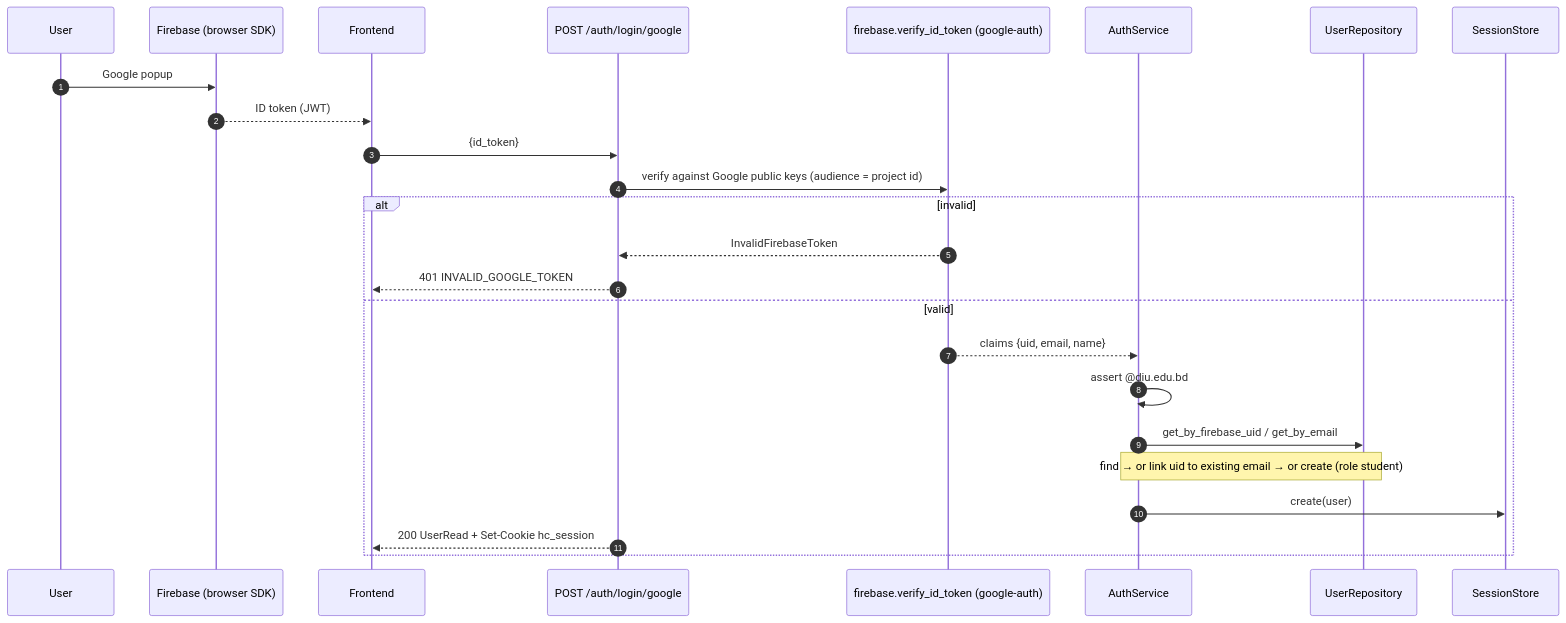
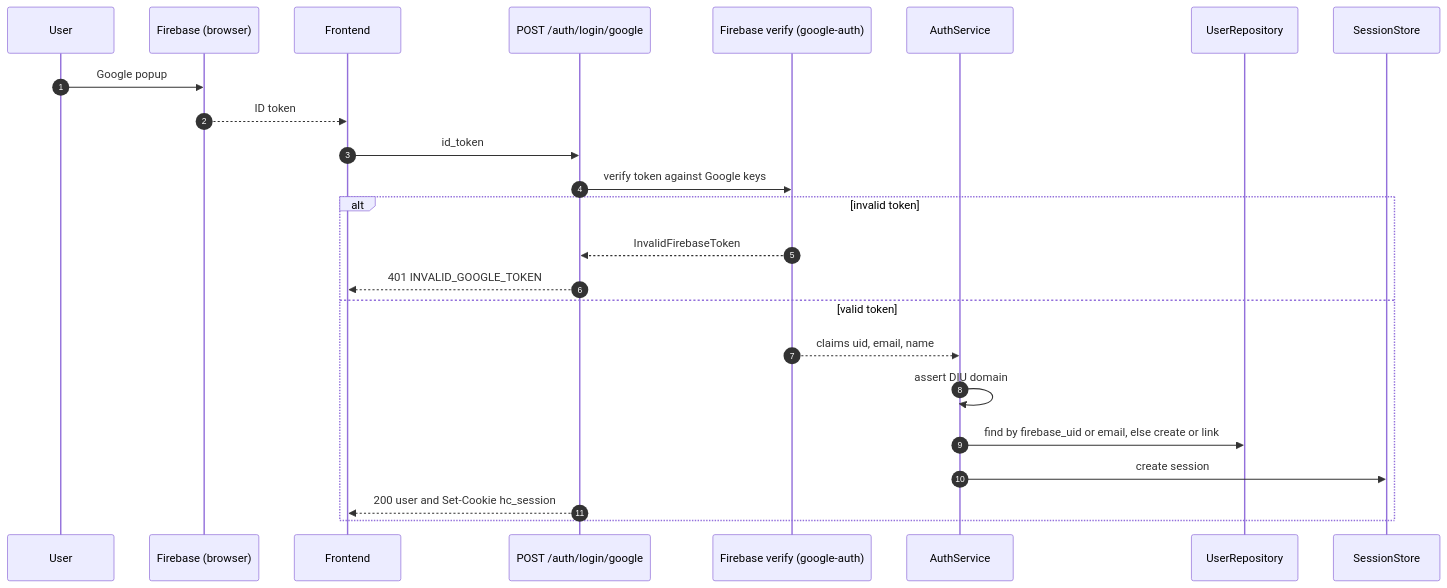
The ninth of 11 diagrams in docs/ARCHITECTURE.md (darklight9911/Hall_Canteen_Backend), drawn with Mermaid before and after one commit. The commit also changed other lines of this file, not shown here.

First line of the commit message:
docs: use only use-case, activity, and sequence diagrams

````diff
--- a/docs/ARCHITECTURE.md
+++ b/docs/ARCHITECTURE.md
@@ -269,28 +276,27 @@
 ```mermaid
 sequenceDiagram
     autonumber
     participant U as User
-    participant FB as Firebase (browser SDK)
+    participant FB as Firebase (browser)
     participant FE as Frontend
     participant EP as POST /auth/login/google
-    participant FV as firebase.verify_id_token (google-auth)
+    participant FV as Firebase verify (google-auth)
     participant SV as AuthService
     participant UR as UserRepository
     participant SS as SessionStore
 
     U->>FB: Google popup
-    FB-->>FE: ID token (JWT)
-    FE->>EP: {id_token}
-    EP->>FV: verify against Google public keys (audience = project id)
-    alt invalid
+    FB-->>FE: ID token
+    FE->>EP: id_token
+    EP->>FV: verify token against Google keys
+    alt invalid token
         FV-->>EP: InvalidFirebaseToken
         EP-->>FE: 401 INVALID_GOOGLE_TOKEN
-    else valid
-        FV-->>SV: claims {uid, email, name}
-        SV->>SV: assert @diu.edu.bd
-        SV->>UR: get_by_firebase_uid / get_by_email
-        Note over SV,UR: find → or link uid to existing email → or create (role student)
-        SV->>SS: create(user)
-        EP-->>FE: 200 UserRead + Set-Cookie hc_session
+    else valid token
+        FV-->>SV: claims uid, email, name
+        SV->>SV: assert DIU domain
+        SV->>UR: find by firebase_uid or email, else create or link
+        SV->>SS: create session
+        EP-->>FE: 200 user and Set-Cookie hc_session
     end
 ```
````
